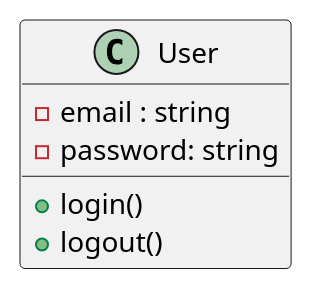
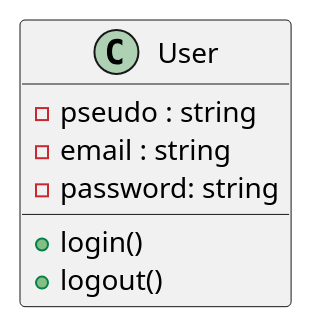
One commit to laurasullyalexandrine/the2dbubbles changed the diagram in diagrammes-uml/Class/User.puml. Above: the diagram before and after it, drawn with PlantUML. The commit also changed 15 other files, not shown here.

```diff
--- a/diagrammes-uml/Class/User.puml
+++ b/diagrammes-uml/Class/User.puml
@@ -1,13 +1,14 @@
 @startuml User
 
 Class User {
     
+    - pseudo : string
     - email : string
     - password: string
     
     + login()
     + logout()
 
 }
 
 @enduml
```
